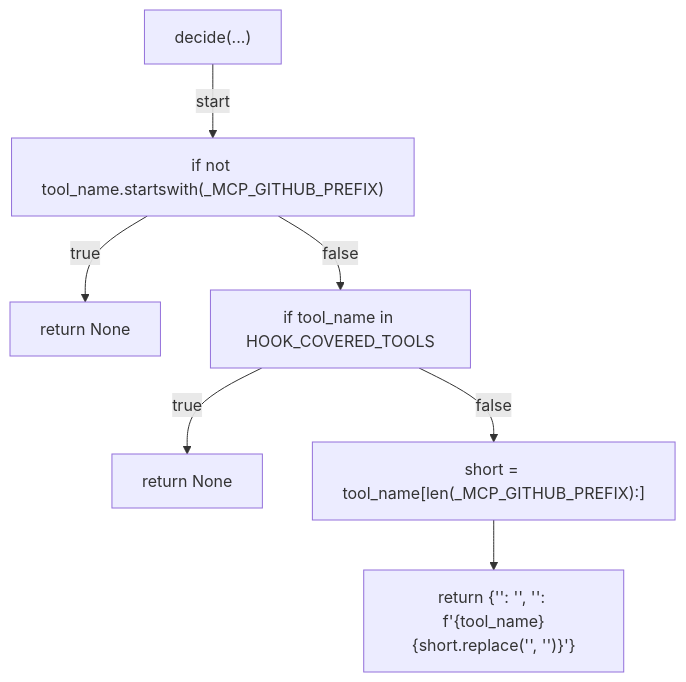
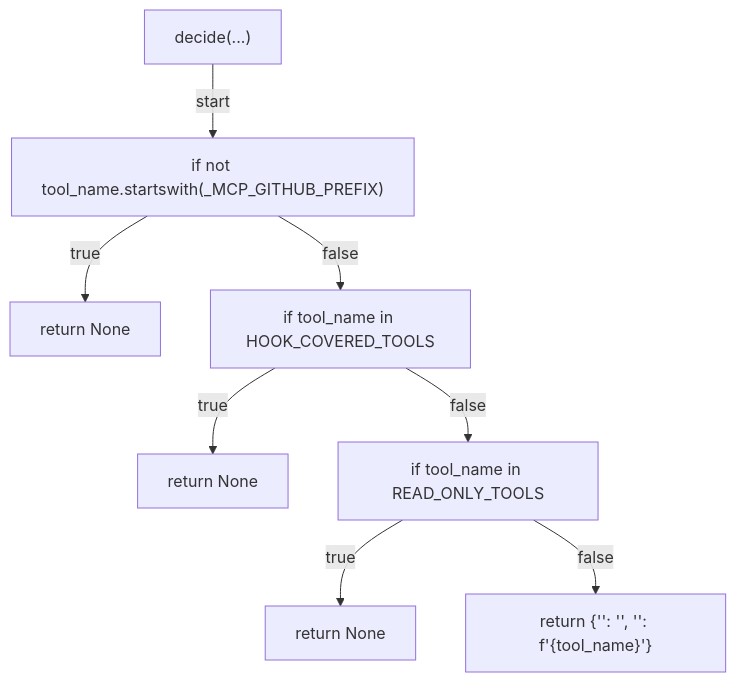
One commit to tvna/claude-md changed the first of 2 diagrams in docs/generated/scripts/ast/gate_mcp_github_uncovered.md. Above: the diagram before and after it, drawn with Mermaid.

Commit message:
docs(generated): regenerate decision tree and workflow diagrams
Refs #960

````diff
--- a/docs/generated/scripts/ast/gate_mcp_github_uncovered.md
+++ b/docs/generated/scripts/ast/gate_mcp_github_uncovered.md
@@ -7,16 +7,18 @@
 ```mermaid
 flowchart TD
     N001["decide(...)"]
     N002["if not tool_name.startswith(_MCP_GITHUB_PREFIX)"]
     N003["return None"]
     N004["if tool_name in HOOK_COVERED_TOOLS"]
     N005["return None"]
-    N006["short = tool_name[len(_MCP_GITHUB_PREFIX):]"]
-    N007["return {'<str>': '<str>', '<str>': f'<str>{tool_name}<str>{short.replace('<str>', '<str>')}<str>'}"]
+    N006["if tool_name in READ_ONLY_TOOLS"]
+    N007["return None"]
+    N008["return {'<str>': '<str>', '<str>': f'<str>{tool_name}<str>'}"]
     N001 -->|"start"| N002
     N002 -->|"true"| N003
     N002 -->|"false"| N004
     N004 -->|"true"| N005
     N004 -->|"false"| N006
-    N006 --> N007
+    N006 -->|"true"| N007
+    N006 -->|"false"| N008
 ```
````
